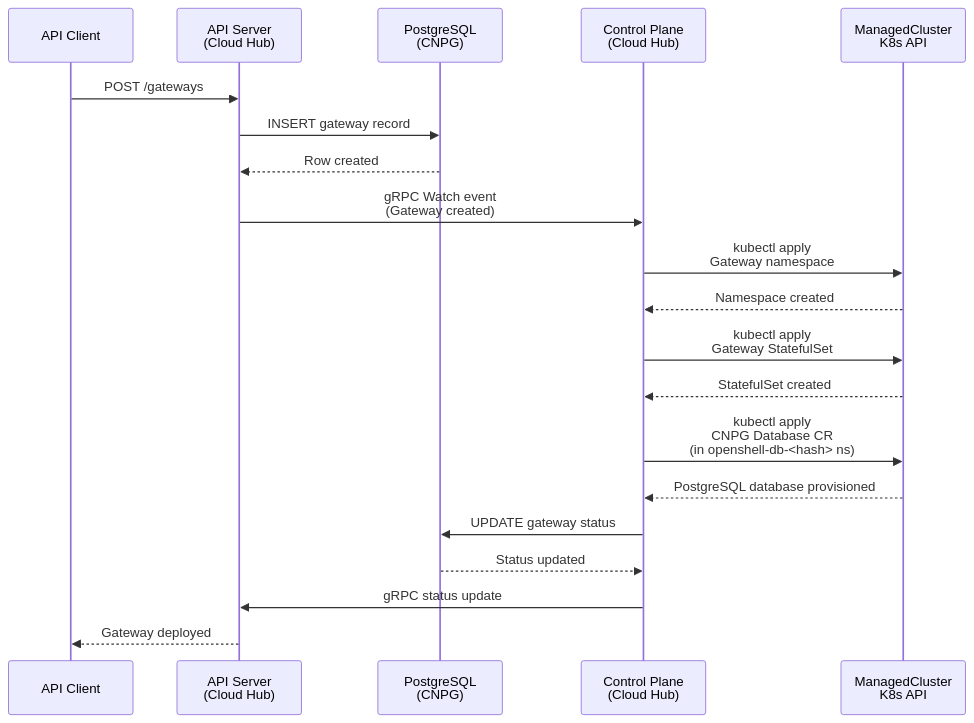
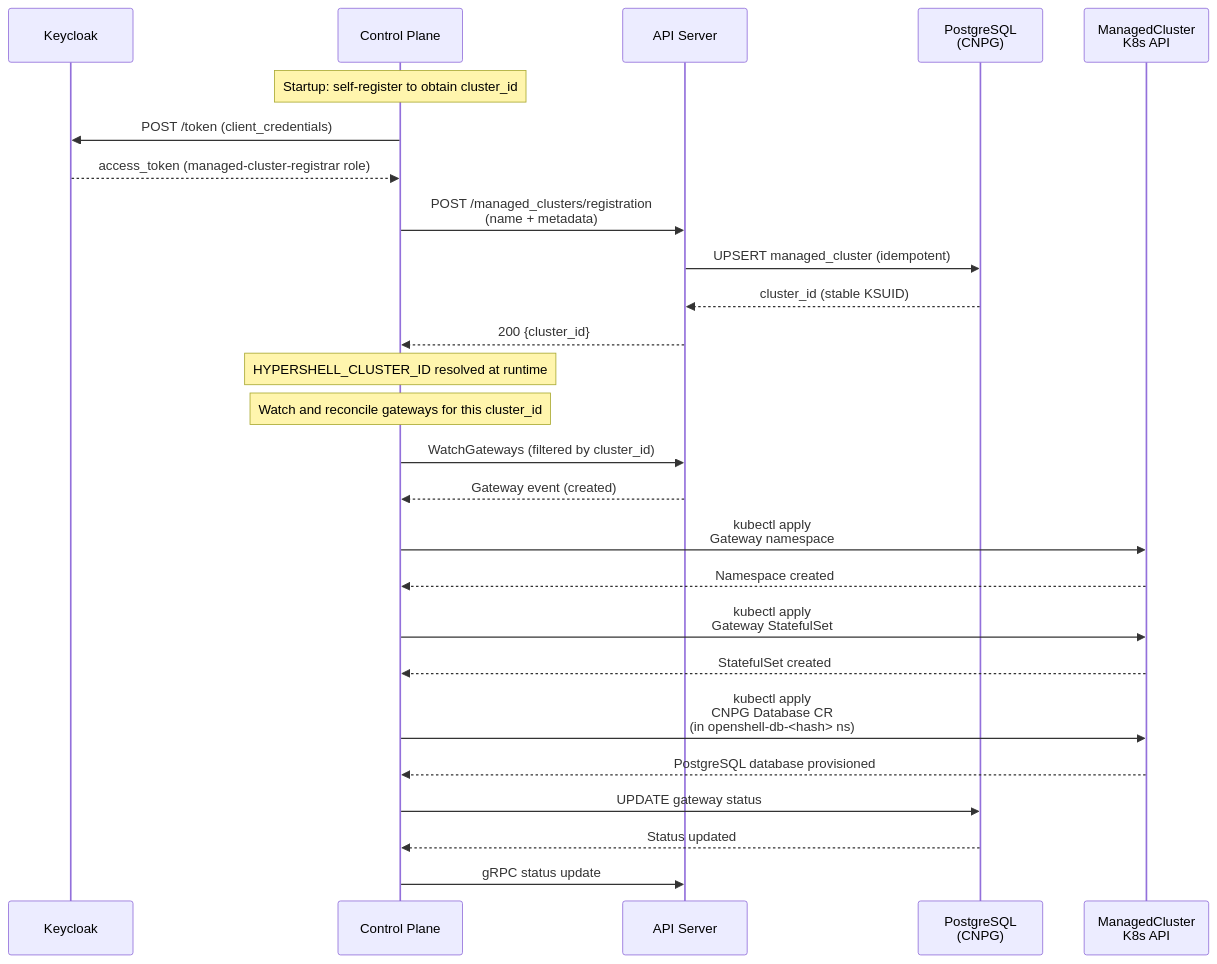
Before and after one commit to openshift-online/hypershell: the fourth of 9 diagrams in specs/platform/global-architecture.spec.md, drawn with Mermaid. The commit also changed other lines of this file and 2 other files, not shown here.

First line of the commit message:
docs(specs): unify control plane to single self-registration model HYPERSHELL-297

````diff
--- a/specs/platform/global-architecture.spec.md
+++ b/specs/platform/global-architecture.spec.md
@@ -245,23 +243,30 @@
 ```mermaid
 sequenceDiagram
-    participant User as API Client
-    participant API as API Server<br/>(Cloud Hub)
+    participant KC as Keycloak
+    participant CP as Control Plane
+    participant API as API Server
     participant DB as PostgreSQL<br/>(CNPG)
-    participant CP as Control Plane<br/>(Cloud Hub)
     participant MC as ManagedCluster<br/>K8s API
 
-    User->>API: POST /gateways
-    API->>DB: INSERT gateway record
-    DB-->>API: Row created
-    API->>CP: gRPC Watch event<br/>(Gateway created)
+    Note over CP: Startup: self-register to obtain cluster_id
+    CP->>KC: POST /token (client_credentials)
+    KC-->>CP: access_token (managed-cluster-registrar role)
+    CP->>API: POST /managed_clusters/registration<br/>(name + metadata)
+    API->>DB: UPSERT managed_cluster (idempotent)
+    DB-->>API: cluster_id (stable KSUID)
+    API-->>CP: 200 {cluster_id}
+    Note over CP: HYPERSHELL_CLUSTER_ID resolved at runtime
+
+    Note over CP: Watch and reconcile gateways for this cluster_id
+    CP->>API: WatchGateways (filtered by cluster_id)
+    API-->>CP: Gateway event (created)
     CP->>MC: kubectl apply<br/>Gateway namespace
     MC-->>CP: Namespace created
     CP->>MC: kubectl apply<br/>Gateway StatefulSet
     MC-->>CP: StatefulSet created
     CP->>MC: kubectl apply<br/>CNPG Database CR<br/>(in openshell-db-<hash> ns)
     MC-->>CP: PostgreSQL database provisioned
     CP->>DB: UPDATE gateway status
     DB-->>CP: Status updated
     CP->>API: gRPC status update
-    API-->>User: Gateway deployed
 ```
````
